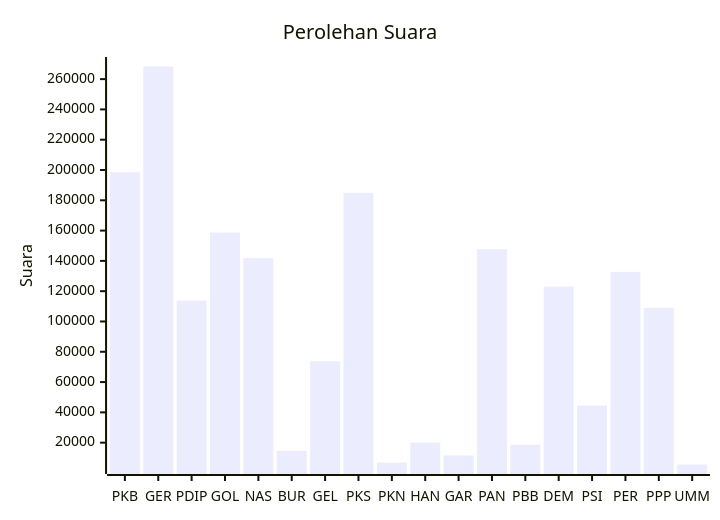
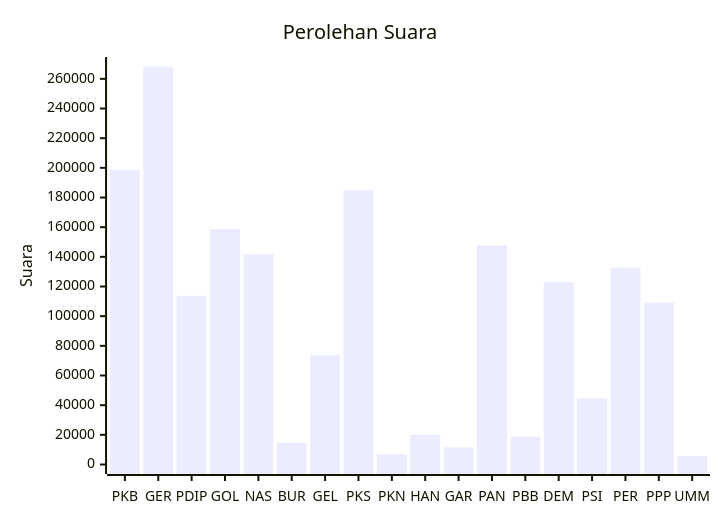
Before and after one commit to gigit-pemilu/pemilu-2024: the diagram in pileg-dpr/hitung-suara/sub/table-wilayah-52.md, drawn with Mermaid. The commit also changed 57 other files, not shown here.

````diff
--- a/pileg-dpr/hitung-suara/sub/table-wilayah-52.md
+++ b/pileg-dpr/hitung-suara/sub/table-wilayah-52.md
@@ -7,7 +7,7 @@
 ```mermaid
 xychart-beta
     title "Perolehan Suara"
     x-axis [PKB, GER, PDIP, GOL, NAS, BUR, GEL, PKS, PKN, HAN, GAR, PAN, PBB, DEM, PSI, PER, PPP, UMM]
-    y-axis "Suara"
+    y-axis "Suara" 0 --> 268325
     bar [198520, 268325, 113785, 158715, 141792, 14575, 73767, 184866, 6822, 20039, 11561, 147698, 18659, 123031, 44529, 132732, 109043, 5589]
 ```
````
